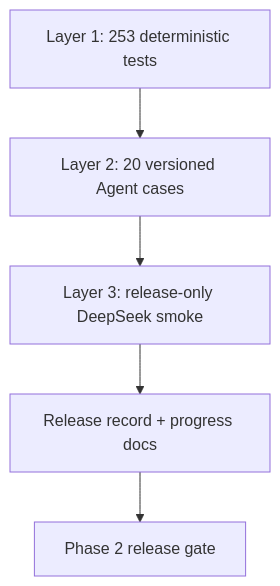
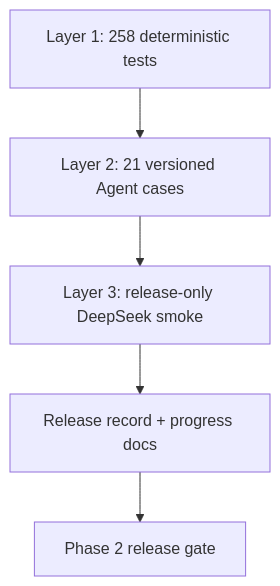
The first of 4 diagrams in docs/engineering/phase-2/testing-and-debugging.md (NEDONION/lobster0), drawn with Mermaid before and after one commit. The commit also changed other lines of this file and 26 other files, not shown here.

````diff
--- a/docs/engineering/phase-2/testing-and-debugging.md
+++ b/docs/engineering/phase-2/testing-and-debugging.md
@@ -22,7 +22,7 @@
 ```mermaid
 flowchart TB
-    UNIT["Layer 1: 253 deterministic tests"] --> OFFLINE["Layer 2: 20 versioned Agent cases"]
+    UNIT["Layer 1: 258 deterministic tests"] --> OFFLINE["Layer 2: 21 versioned Agent cases"]
     OFFLINE --> LIVE["Layer 3: release-only DeepSeek smoke"]
     LIVE --> DOC["Release record + progress docs"]
     DOC --> RELEASE["Phase 2 release gate"]
 ```
````
